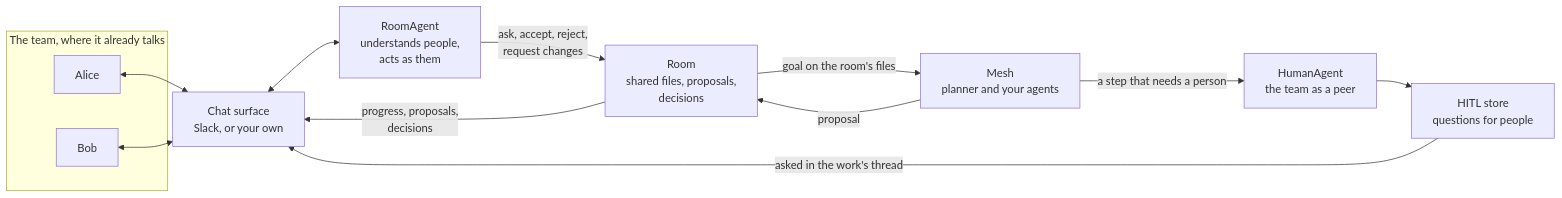
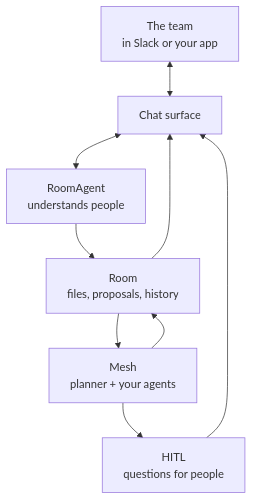
The first of 3 diagrams in jarviscore/docs/concepts/multiplayer.md (Prescott-Data/jarviscore-framework), drawn with Mermaid before and after one commit. The commit also changed other lines of this file and 10 other files, not shown here.

````diff
--- a/jarviscore/docs/concepts/multiplayer.md
+++ b/jarviscore/docs/concepts/multiplayer.md
@@ -17,23 +17,18 @@
 ```mermaid
-flowchart LR
-    subgraph Team["The team, where it already talks"]
-        P1["Alice"]
-        P2["Bob"]
-    end
-    Surface["Chat surface<br/>Slack, or your own"]
-    RA["RoomAgent<br/>understands people,<br/>acts as them"]
-    Room["Room<br/>shared files, proposals,<br/>decisions"]
-    Mesh["Mesh<br/>planner and your agents"]
-    People["HumanAgent<br/>the team as a peer"]
-    HITL["HITL store<br/>questions for people"]
+flowchart TB
+    People["The team<br/>in Slack or your app"]
+    Surface["Chat surface"]
+    RoomAgent["RoomAgent<br/>understands people"]
+    Room["Room<br/>files, proposals, history"]
+    Mesh["Mesh<br/>planner + your agents"]
+    HITL["HITL<br/>questions for people"]
 
-    P1 & P2 <--> Surface
-    Surface <--> RA
-    RA -->|"ask, accept, reject,<br/>request changes"| Room
-    Room -->|"goal on the room's files"| Mesh
-    Mesh -->|"proposal"| Room
-    Mesh -->|"a step that needs a person"| People
-    People --> HITL
-    HITL -->|"asked in the work's thread"| Surface
-    Room -->|"progress, proposals,<br/>decisions"| Surface
+    People <--> Surface
+    Surface <--> RoomAgent
+    RoomAgent --> Room
+    Room --> Mesh
+    Mesh --> Room
+    Mesh --> HITL
+    HITL --> Surface
+    Room --> Surface
 ```
````
